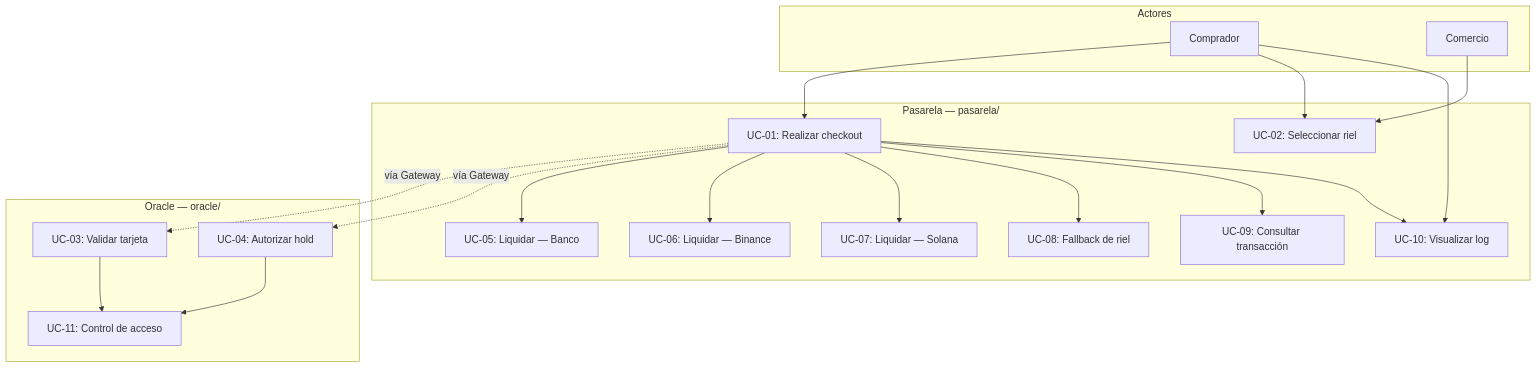
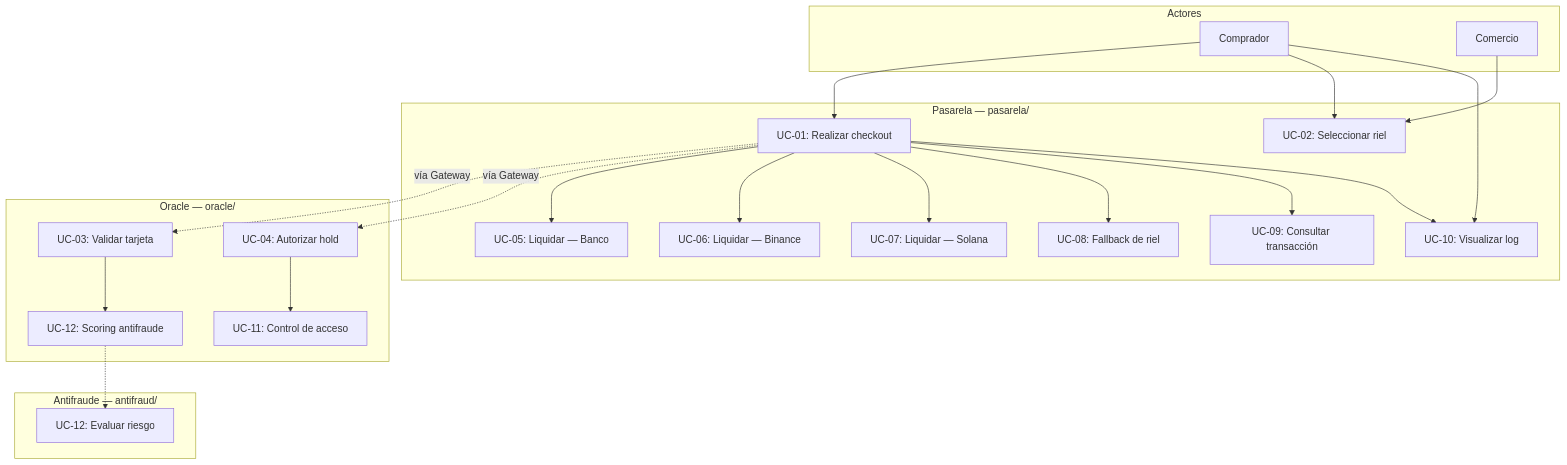
One commit to rastrahm/pasarela changed the second of 17 diagrams in Doc/Casos-de-Uso-ER-Flujos.md. Above: the diagram before and after it, drawn with Mermaid. The commit also changed other lines of this file and 4 other files, not shown here.

````diff
--- a/Doc/Casos-de-Uso-ER-Flujos.md
+++ b/Doc/Casos-de-Uso-ER-Flujos.md
@@ -55,39 +59,45 @@
 ```mermaid
 flowchart TB
     subgraph Actores
         C[Comprador]
         M[Comercio]
     end
 
     subgraph Pasarela["Pasarela — pasarela/"]
         UC01["UC-01: Realizar checkout"]
         UC02["UC-02: Seleccionar riel"]
         UC05["UC-05: Liquidar — Banco"]
         UC06["UC-06: Liquidar — Binance"]
         UC07["UC-07: Liquidar — Solana"]
         UC08["UC-08: Fallback de riel"]
         UC09["UC-09: Consultar transacción"]
         UC10["UC-10: Visualizar log"]
     end
 
     subgraph OracleSvc["Oracle — oracle/"]
         UC03["UC-03: Validar tarjeta"]
         UC04["UC-04: Autorizar hold"]
         UC11["UC-11: Control de acceso"]
+        UC12["UC-12: Scoring antifraude"]
+    end
+
+    subgraph AntifraudSvc["Antifraude — antifraud/"]
+        UC12b["UC-12: Evaluar riesgo"]
     end
 
     C --> UC01
     C --> UC02
     C --> UC10
     M --> UC02
     UC01 -.->|vía Gateway| UC03
     UC01 -.->|vía Gateway| UC04
-    UC03 --> UC11
+    UC03 --> UC12
+    UC12 -.-> UC12b
     UC04 --> UC11
     UC01 --> UC05
     UC01 --> UC06
     UC01 --> UC07
     UC01 --> UC08
     UC01 --> UC09
     UC01 --> UC10
 ```
````
